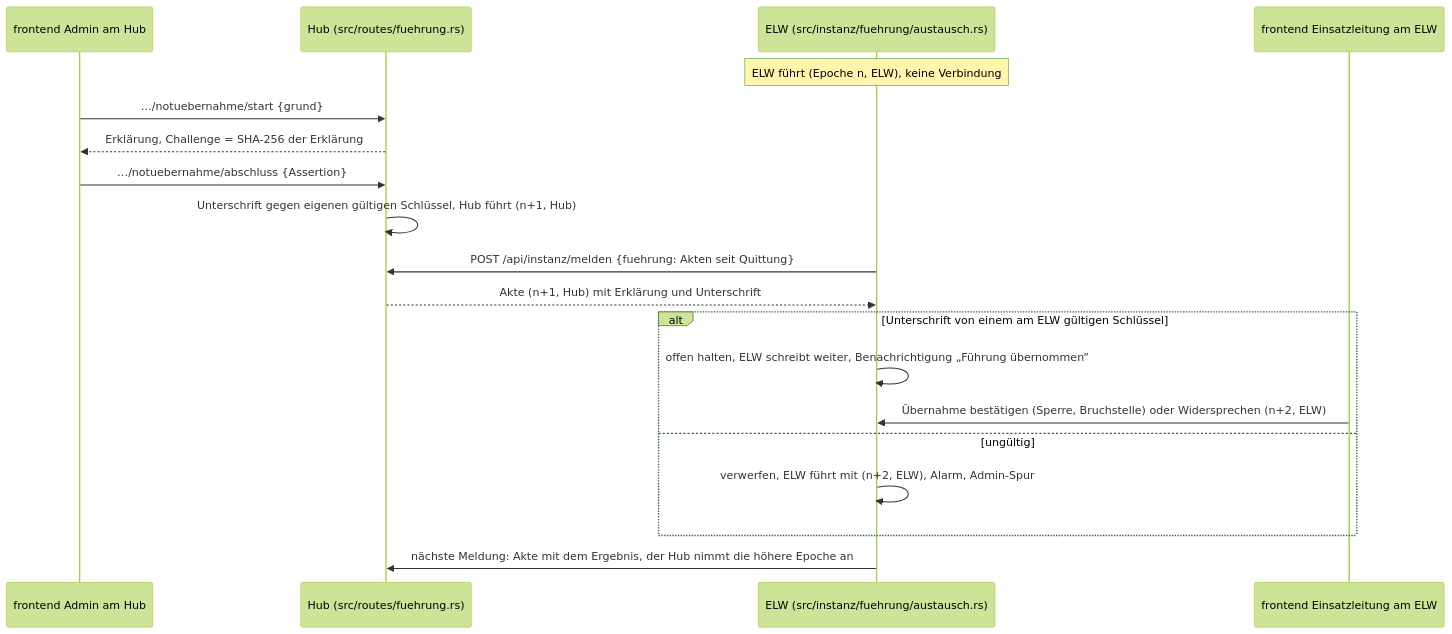
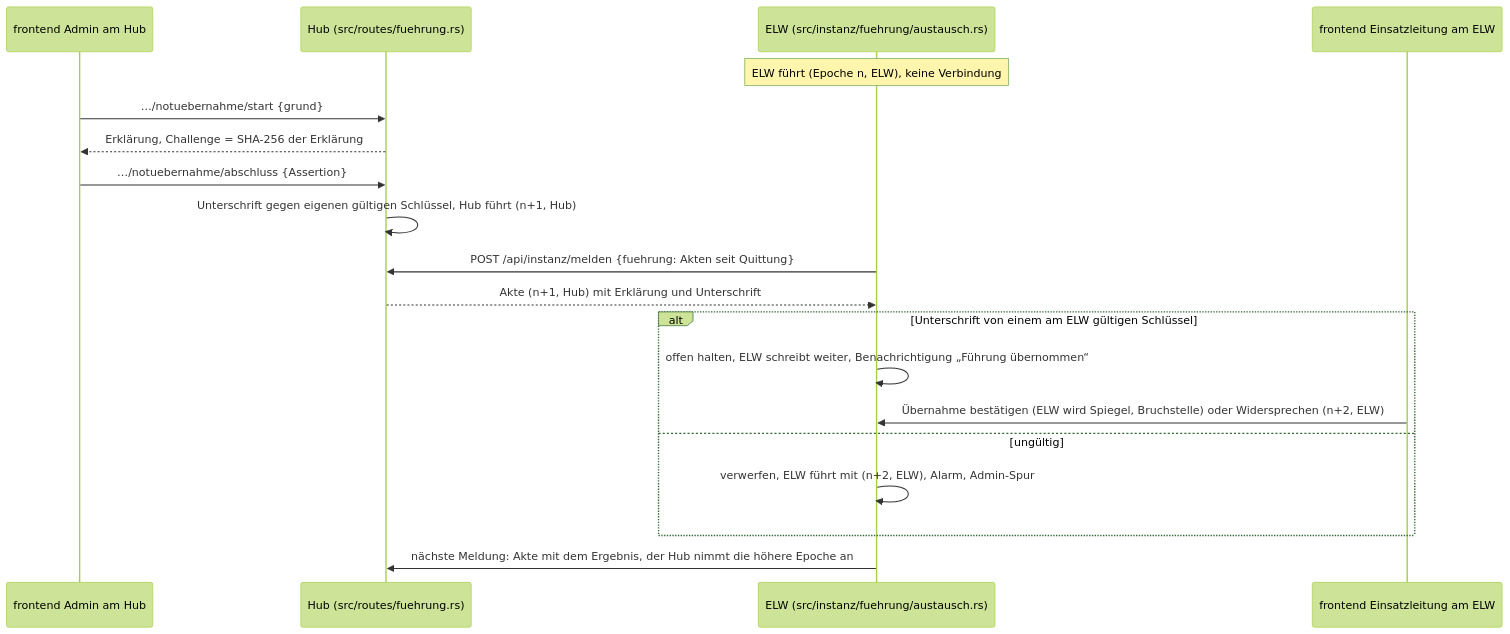
The ninth of 11 diagrams in docs/architektur/06-laufzeitsicht.md (rubenvitt/lifeline-hub), drawn with Mermaid (forest theme) before and after one commit. The commit also changed other lines of this file and 47 other files, not shown here.

````diff
--- a/docs/architektur/06-laufzeitsicht.md
+++ b/docs/architektur/06-laufzeitsicht.md
@@ -348,21 +350,21 @@
 ```mermaid
 sequenceDiagram
   participant AH as frontend Admin am Hub
   participant H as Hub (src/routes/fuehrung.rs)
   participant E as ELW (src/instanz/fuehrung/austausch.rs)
   participant EL as frontend Einsatzleitung am ELW
   Note over E: ELW führt (Epoche n, ELW), keine Verbindung
   AH->>H: …/notuebernahme/start {grund}
   H-->>AH: Erklärung, Challenge = SHA-256 der Erklärung
   AH->>H: …/notuebernahme/abschluss {Assertion}
   H->>H: Unterschrift gegen eigenen gültigen Schlüssel, Hub führt (n+1, Hub)
   E->>H: POST /api/instanz/melden {fuehrung: Akten seit Quittung}
   H-->>E: Akte (n+1, Hub) mit Erklärung und Unterschrift
   alt Unterschrift von einem am ELW gültigen Schlüssel
     E->>E: offen halten, ELW schreibt weiter, Benachrichtigung „Führung übernommen“
-    EL->>E: Übernahme bestätigen (Sperre, Bruchstelle) oder Widersprechen (n+2, ELW)
+    EL->>E: Übernahme bestätigen (ELW wird Spiegel, Bruchstelle) oder Widersprechen (n+2, ELW)
   else ungültig
     E->>E: verwerfen, ELW führt mit (n+2, ELW), Alarm, Admin-Spur
   end
   E->>H: nächste Meldung: Akte mit dem Ergebnis, der Hub nimmt die höhere Epoche an
 ```
````
